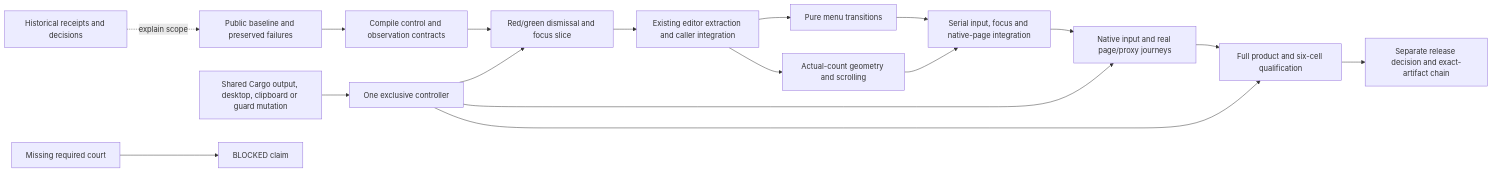
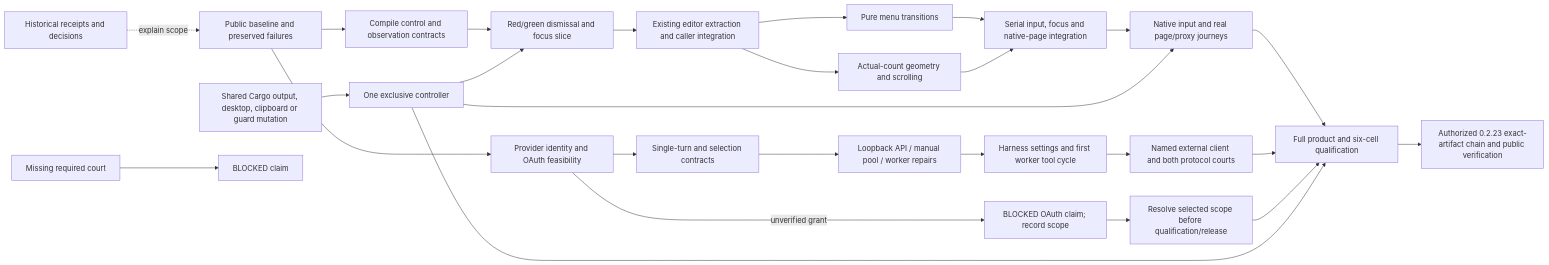
One commit to partnernetsoftware/minicon changed the diagram in plan/plan-v0.2.23.md. Above: the diagram before and after it, drawn with Mermaid. The commit also changed other lines of this file and 65 other files, not shown here.

````diff
--- a/plan/plan-v0.2.23.md
+++ b/plan/plan-v0.2.23.md
@@ -61,19 +75,28 @@
 ```mermaid
 flowchart LR
     B[Public baseline and preserved failures] --> C[Compile control and observation contracts]
     C --> D[Red/green dismissal and focus slice]
     D --> E[Existing editor extraction and caller integration]
     E --> M[Pure menu transitions]
     E --> L[Actual-count geometry and scrolling]
+    B --> A[Provider identity and OAuth feasibility]
+    A --> F[Single-turn and selection contracts]
+    F --> G[Loopback API / manual pool / worker repairs]
+    G --> HS[Harness settings and first worker tool cycle]
+    HS --> EC[Named external client and both protocol courts]
+    A -->|unverified grant| AB[BLOCKED OAuth claim; record scope]
     M --> I[Serial input, focus and native-page integration]
     L --> I
     I --> N[Native input and real page/proxy journeys]
     N --> Q[Full product and six-cell qualification]
-    Q --> R[Separate release decision and exact-artifact chain]
+    EC --> Q
+    AB --> RD[Resolve selected scope before qualification/release]
+    RD --> Q
+    Q --> R[Authorized 0.2.23 exact-artifact chain and public verification]
     S[Shared Cargo output, desktop, clipboard or guard mutation] --> O[One exclusive controller]
     O --> D
     O --> N
     O --> Q
     X[Missing required court] --> K[BLOCKED claim]
     H[Historical receipts and decisions] -. explain scope .-> B
 ```
````
